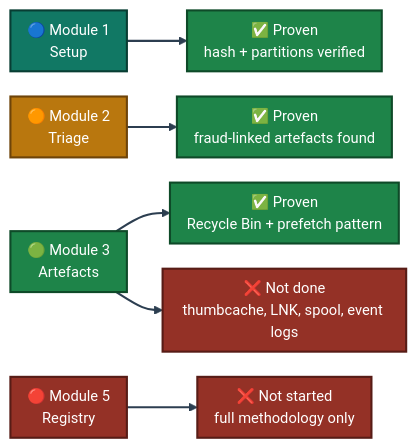
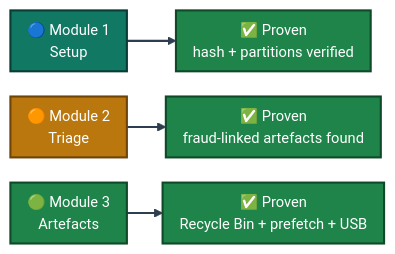
The second of 3 diagrams in 3-Advanced-Cyber-Projects/project-18-mantooth-investigation-registry-analysis/README.md (malaika-azhar/Cybersecurity-Lab-Projects), drawn with Mermaid before and after one commit. The commit also changed other lines of this file, not shown here.

````diff
--- a/3-Advanced-Cyber-Projects/project-18-mantooth-investigation-registry-analysis/README.md
+++ b/3-Advanced-Cyber-Projects/project-18-mantooth-investigation-registry-analysis/README.md
@@ -328,16 +292,12 @@
 ```mermaid
 %%{init: {'theme': 'base', 'themeVariables': {'fontSize': '14px'}, 'flowchart': {'nodeSpacing': 24, 'rankSpacing': 34, 'padding': 8}}}%%
 flowchart LR
     M1["🔵 Module 1<br/>Setup"]:::m1 --> P1["✅ Proven<br/>hash + partitions verified"]:::ok
     M2["🟠 Module 2<br/>Triage"]:::m2 --> P2["✅ Proven<br/>fraud-linked artefacts found"]:::ok
-    M3["🟢 Module 3<br/>Artefacts"]:::m3 --> P3["✅ Proven<br/>Recycle Bin + prefetch pattern"]:::ok
-    M3 --> N3["❌ Not done<br/>thumbcache, LNK, spool, event logs"]:::bad
-    M5["🔴 Module 5<br/>Registry"]:::m5 --> N5["❌ Not started<br/>full methodology only"]:::bad
+    M3["🟢 Module 3<br/>Artefacts"]:::m3 --> P3["✅ Proven<br/>Recycle Bin + prefetch + USB"]:::ok
     classDef m1 fill:#117864,stroke:#083D33,stroke-width:2px,color:#FFFFFF
     classDef m2 fill:#B9770E,stroke:#6E4409,stroke-width:2px,color:#FFFFFF
     classDef m3 fill:#1E8449,stroke:#0E4A28,stroke-width:2px,color:#FFFFFF
-    classDef m5 fill:#943126,stroke:#571C16,stroke-width:2px,color:#FFFFFF
     classDef ok fill:#1E8449,stroke:#0E4A28,stroke-width:2px,color:#FFFFFF
-    classDef bad fill:#943126,stroke:#571C16,stroke-width:2px,color:#FFFFFF
     linkStyle default stroke:#2C3E50,stroke-width:2px
 ```
````
